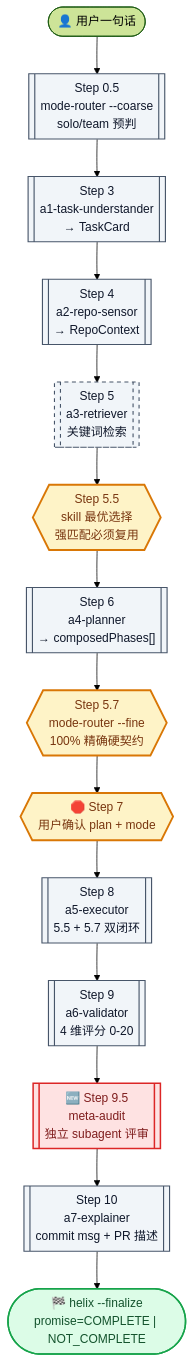
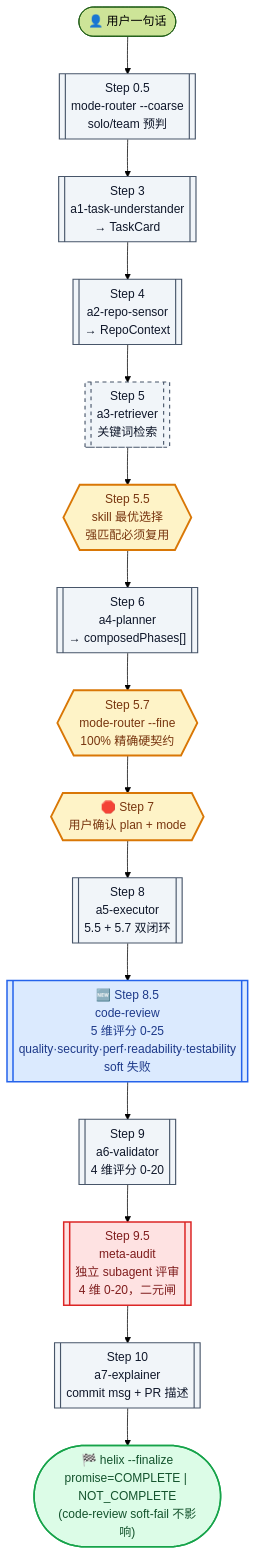
One commit to Alex-nx-netizen/Alex-harness changed the second of 6 diagrams in README.md. Above: the diagram before and after it, drawn with Mermaid (forest theme). The commit also changed other lines of this file and 7 other files, not shown here.

First line of the commit message:
feat(v0.7.2): code-review quality phase — 5-dim scoring with soft-fail semantics

````diff
--- a/README.md
+++ b/README.md
@@ -70,38 +72,41 @@
 ```mermaid
 flowchart TD
     classDef phase fill:#f1f5f9,stroke:#475569,stroke-width:1.5px,color:#0f172a
     classDef gate fill:#fef3c7,stroke:#d97706,stroke-width:2.5px,color:#78350f
+    classDef review fill:#dbeafe,stroke:#2563eb,stroke-width:2px,color:#1e3a8a
     classDef audit fill:#fee2e2,stroke:#dc2626,stroke-width:2px,color:#7f1d1d
     classDef done fill:#dcfce7,stroke:#16a34a,stroke-width:2px,color:#14532d
     classDef optional stroke-dasharray:5 5
 
     USER([👤 用户一句话])
     USER --> S0
 
     S0[["Step 0.5<br/>mode-router --coarse<br/>solo/team 预判"]]:::phase
     S0 --> S3
     S3[["Step 3<br/>a1-task-understander<br/>→ TaskCard"]]:::phase
     S3 --> S4
     S4[["Step 4<br/>a2-repo-sensor<br/>→ RepoContext"]]:::phase
     S4 --> S5
     S5[["Step 5<br/>a3-retriever<br/>关键词检索"]]:::phase
     S5:::optional
     S5 --> S55
     S55{{"Step 5.5<br/>skill 最优选择<br/>强匹配必须复用"}}:::gate
     S55 --> S6
     S6[["Step 6<br/>a4-planner<br/>→ composedPhases[]"]]:::phase
     S6 --> S57
     S57{{"Step 5.7<br/>mode-router --fine<br/>100% 精确硬契约"}}:::gate
     S57 --> S7
     S7{{"🛑 Step 7<br/>用户确认 plan + mode"}}:::gate
     S7 --> S8
     S8[["Step 8<br/>a5-executor<br/>5.5 + 5.7 双闭环"]]:::phase
-    S8 --> S9
+    S8 --> S85
+    S85[["🆕 Step 8.5<br/>code-review<br/>5 维评分 0-25<br/>quality·security·perf·readability·testability<br/>soft 失败"]]:::review
+    S85 --> S9
     S9[["Step 9<br/>a6-validator<br/>4 维评分 0-20"]]:::phase
     S9 --> S95
-    S95[["🆕 Step 9.5<br/>meta-audit<br/>独立 subagent 评审"]]:::audit
+    S95[["Step 9.5<br/>meta-audit<br/>独立 subagent 评审<br/>4 维 0-20，二元闸"]]:::audit
     S95 --> S10
     S10[["Step 10<br/>a7-explainer<br/>commit msg + PR 描述"]]:::phase
     S10 --> FIN
-    FIN(["🏁 helix --finalize<br/>promise=COMPLETE | NOT_COMPLETE"]):::done
+    FIN(["🏁 helix --finalize<br/>promise=COMPLETE | NOT_COMPLETE<br/>(code-review soft-fail 不影响)"]):::done
 ```
````
